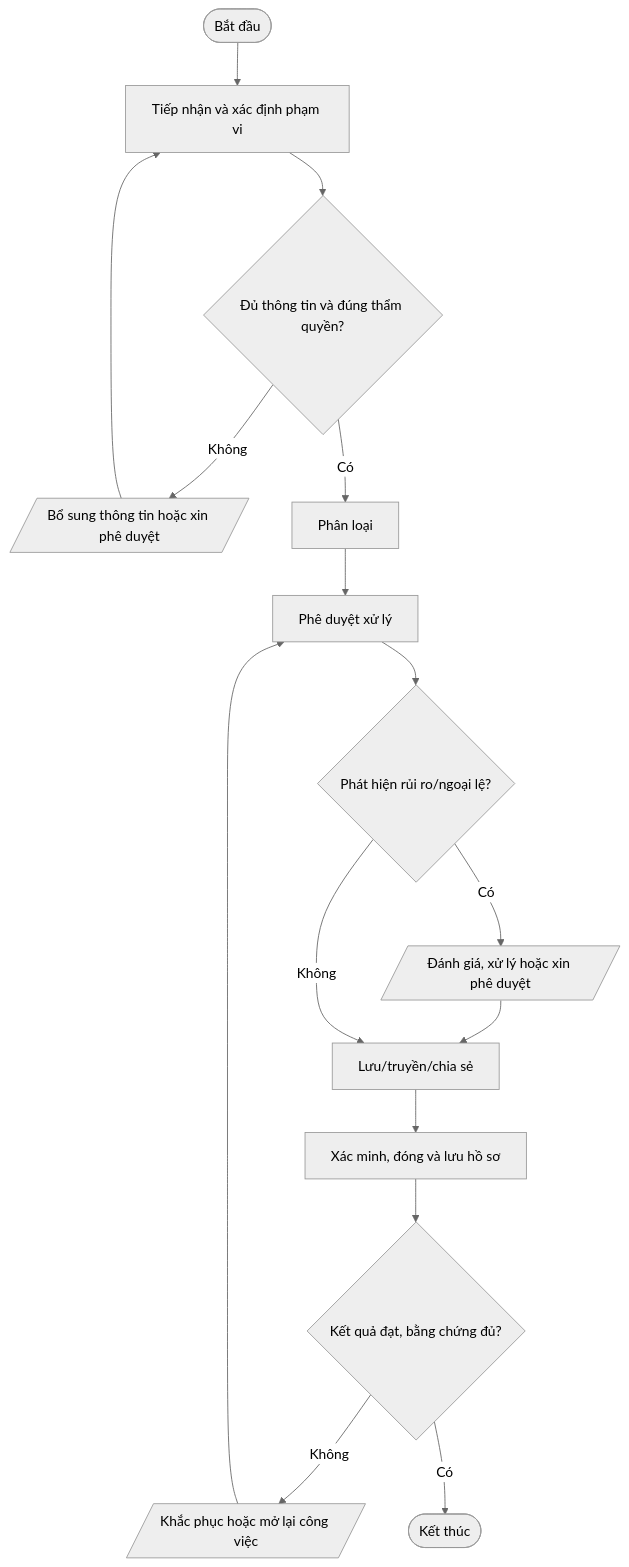
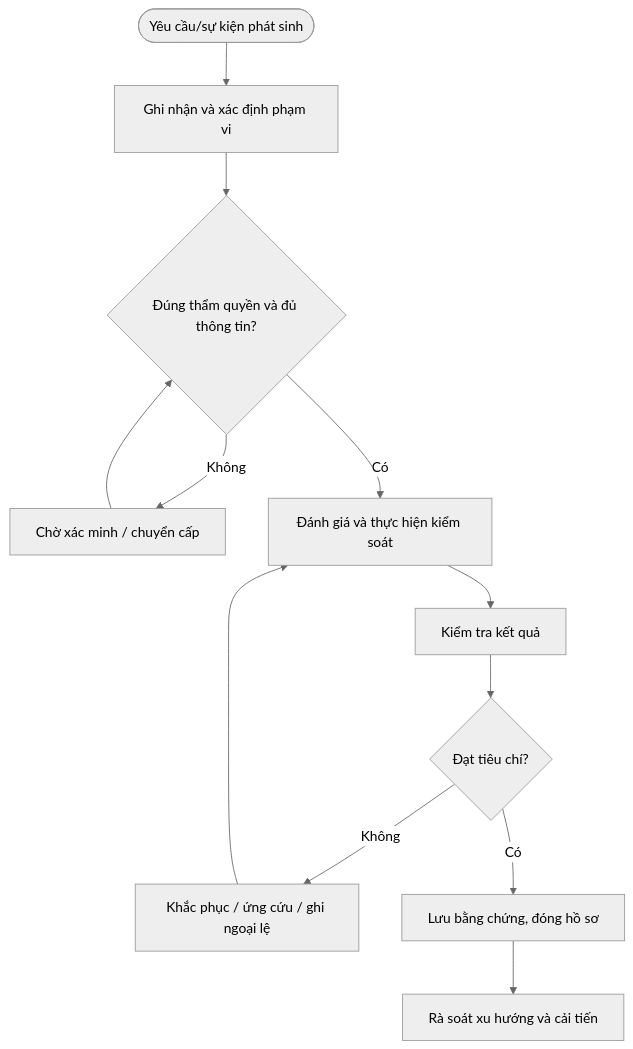
One commit to daoaigiangnam/Quy_Trinh_Chuan changed the diagram in quy-trinh/chi-tiet/QT-ATTT-03.md. Above: the diagram before and after it, drawn with Mermaid (neutral theme). The commit also changed other lines of this file, not shown here.

````diff
--- a/quy-trinh/chi-tiet/QT-ATTT-03.md
+++ b/quy-trinh/chi-tiet/QT-ATTT-03.md
@@ -31,18 +121,14 @@
 ```mermaid
 flowchart TD
-  A([Bắt đầu]) --> S1["Tiếp nhận và xác định phạm vi"]
-  S1 --> D1{"Đủ thông tin và đúng thẩm quyền?"}
-  D1 -- Không --> F1[/"Bổ sung thông tin hoặc xin phê duyệt"/]
-  F1 --> S1
-  D1 -- Có --> S2["Phân loại"]
-  S2 --> S3["Phê duyệt xử lý"]
-  S3 --> D2{"Phát hiện rủi ro/ngoại lệ?"}
-  D2 -- Có --> RISK[/"Đánh giá, xử lý hoặc xin phê duyệt"/]
-  RISK --> S4["Lưu/truyền/chia sẻ"]
-  D2 -- Không --> S4
-  S4 --> S5["Xác minh, đóng và lưu hồ sơ"]
-  S5 --> D3{"Kết quả đạt, bằng chứng đủ?"}
-  D3 -- Không --> R[/"Khắc phục hoặc mở lại công việc"/]
-  R --> S3
-  D3 -- Có --> Z([Kết thúc])
+ A([Yêu cầu/sự kiện phát sinh]) --> B[Ghi nhận và xác định phạm vi]
+ B --> C{Đúng thẩm quyền và đủ thông tin?}
+ C -- Không --> D[Chờ xác minh / chuyển cấp]
+ D --> C
+ C -- Có --> E[Đánh giá và thực hiện kiểm soát]
+ E --> F[Kiểm tra kết quả]
+ F --> G{Đạt tiêu chí?}
+ G -- Không --> H[Khắc phục / ứng cứu / ghi ngoại lệ]
+ H --> E
+ G -- Có --> I[Lưu bằng chứng, đóng hồ sơ]
+ I --> J[Rà soát xu hướng và cải tiến]
 ```
````
